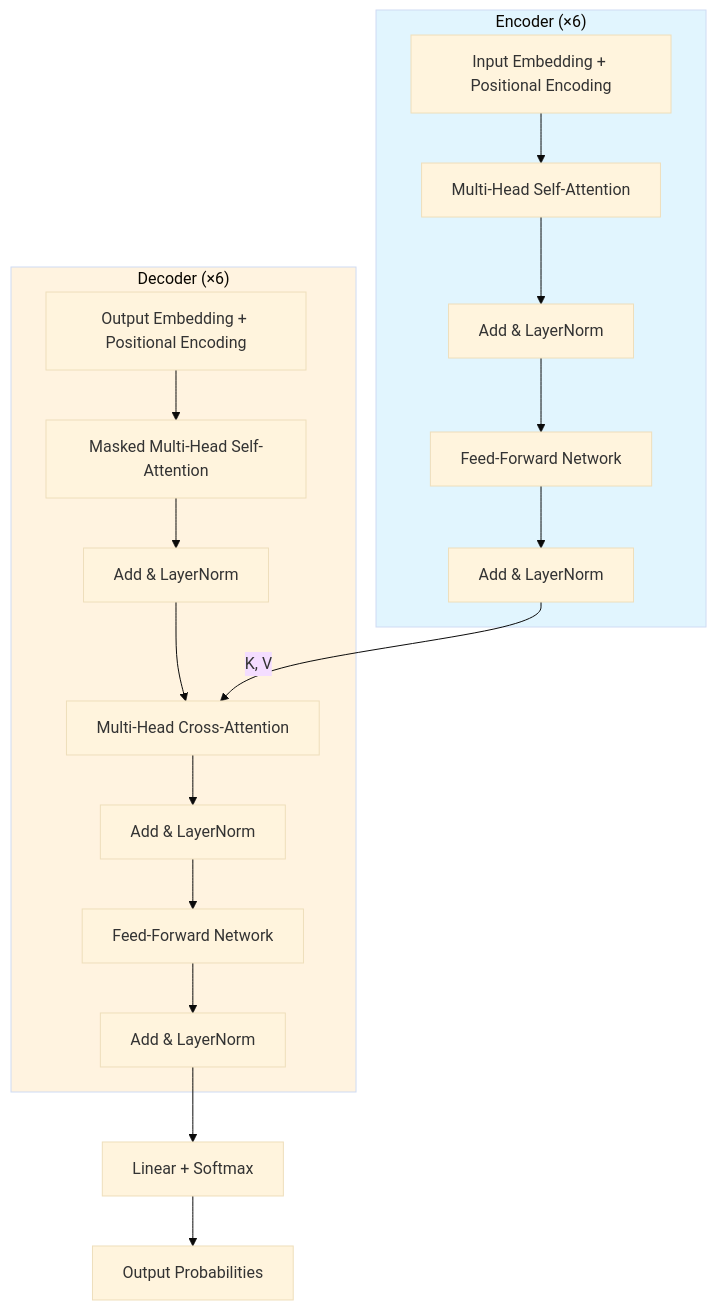
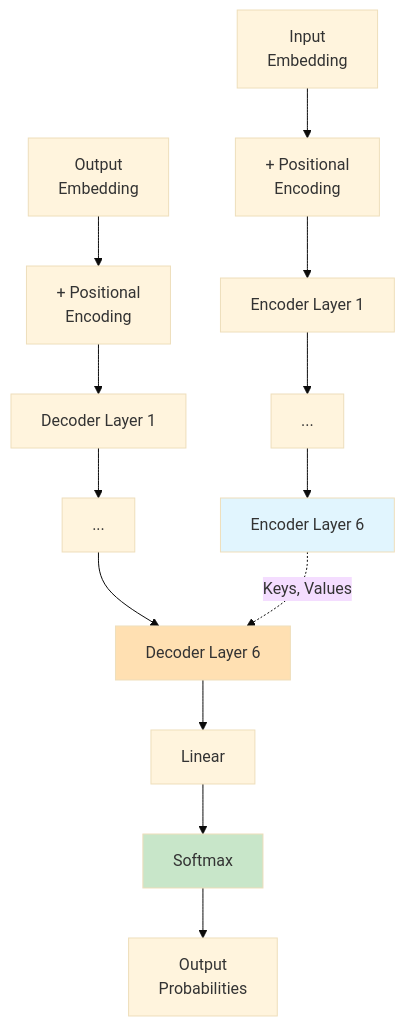
One commit to eightmm/eightmm.github.io changed the second of 2 diagrams in _posts/2026-02-20-attention-is-all-you-need.md. Above: the diagram before and after it, drawn with Mermaid (base theme). The commit also changed other lines of this file and 4 other files, not shown here.

````diff
--- a/_posts/2026-02-20-attention-is-all-you-need.md
+++ b/_posts/2026-02-20-attention-is-all-you-need.md
@@ -41,25 +118,22 @@
 ```mermaid
 graph TB
-    subgraph Encoder["Encoder (×6)"]
-        E_IN[Input Embedding + Positional Encoding] --> E_SA[Multi-Head Self-Attention]
-        E_SA --> E_AN1[Add & LayerNorm]
-        E_AN1 --> E_FF[Feed-Forward Network]
-        E_FF --> E_AN2[Add & LayerNorm]
-    end
+    INPUT["Input<br/>Embedding"] --> POSENC["+ Positional<br/>Encoding"]
+    POSENC --> ENC1["Encoder Layer 1"]
+    ENC1 --> ENC2["..."]
+    ENC2 --> ENC6["Encoder Layer 6"]
     
-    subgraph Decoder["Decoder (×6)"]
-        D_IN[Output Embedding + Positional Encoding] --> D_MSA[Masked Multi-Head Self-Attention]
-        D_MSA --> D_AN1[Add & LayerNorm]
-        D_AN1 --> D_CA[Multi-Head Cross-Attention]
-        D_CA --> D_AN2[Add & LayerNorm]
-        D_AN2 --> D_FF[Feed-Forward Network]
-        D_FF --> D_AN3[Add & LayerNorm]
-    end
+    OUTPUT["Output<br/>Embedding"] --> POSENC2["+ Positional<br/>Encoding"]
+    POSENC2 --> DEC1["Decoder Layer 1"]
+    DEC1 --> DEC2["..."]
+    DEC2 --> DEC6["Decoder Layer 6"]
     
-    E_AN2 -->|K, V| D_CA
-    D_AN3 --> Linear[Linear + Softmax]
-    Linear --> Output[Output Probabilities]
+    ENC6 -.->|Keys, Values| DEC6
     
-    style Encoder fill:#e1f5fe
-    style Decoder fill:#fff3e0
+    DEC6 --> LINEAR["Linear"]
+    LINEAR --> SOFT["Softmax"]
+    SOFT --> PROB["Output<br/>Probabilities"]
+    
+    style ENC6 fill:#e1f5fe
+    style DEC6 fill:#ffe0b2
+    style SOFT fill:#c8e6c9
 ```
````
